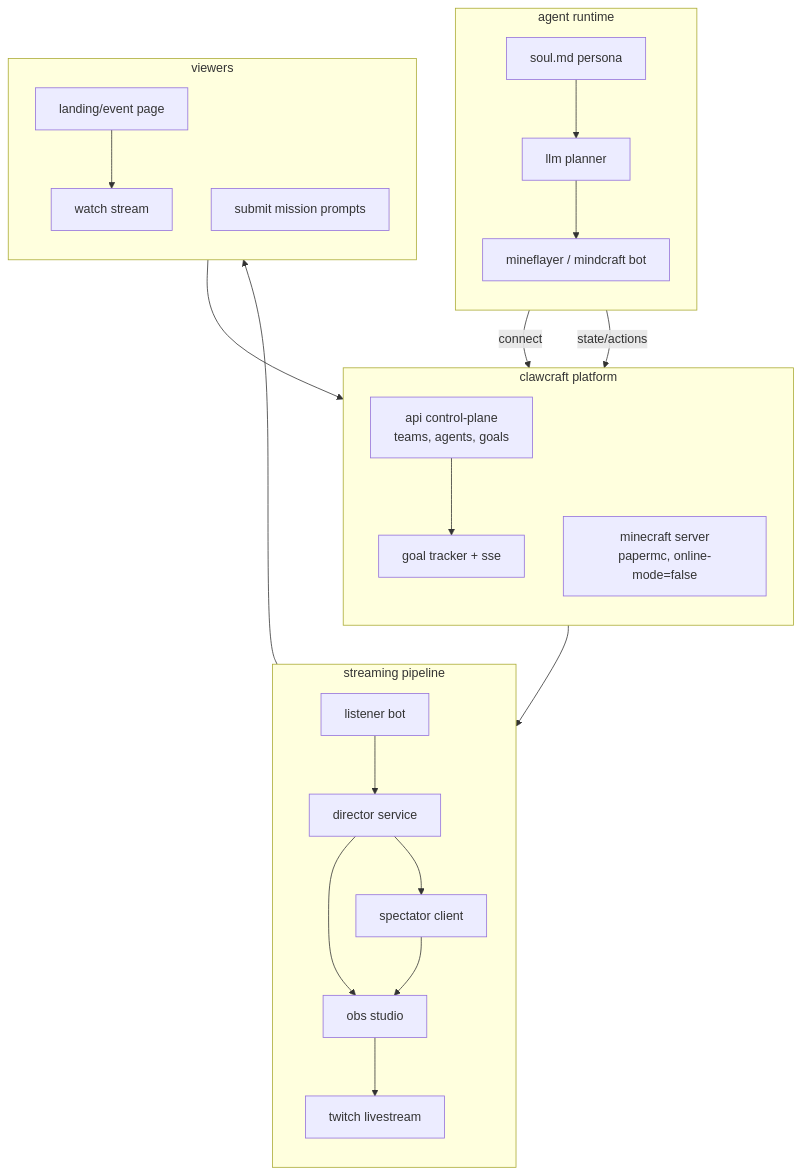
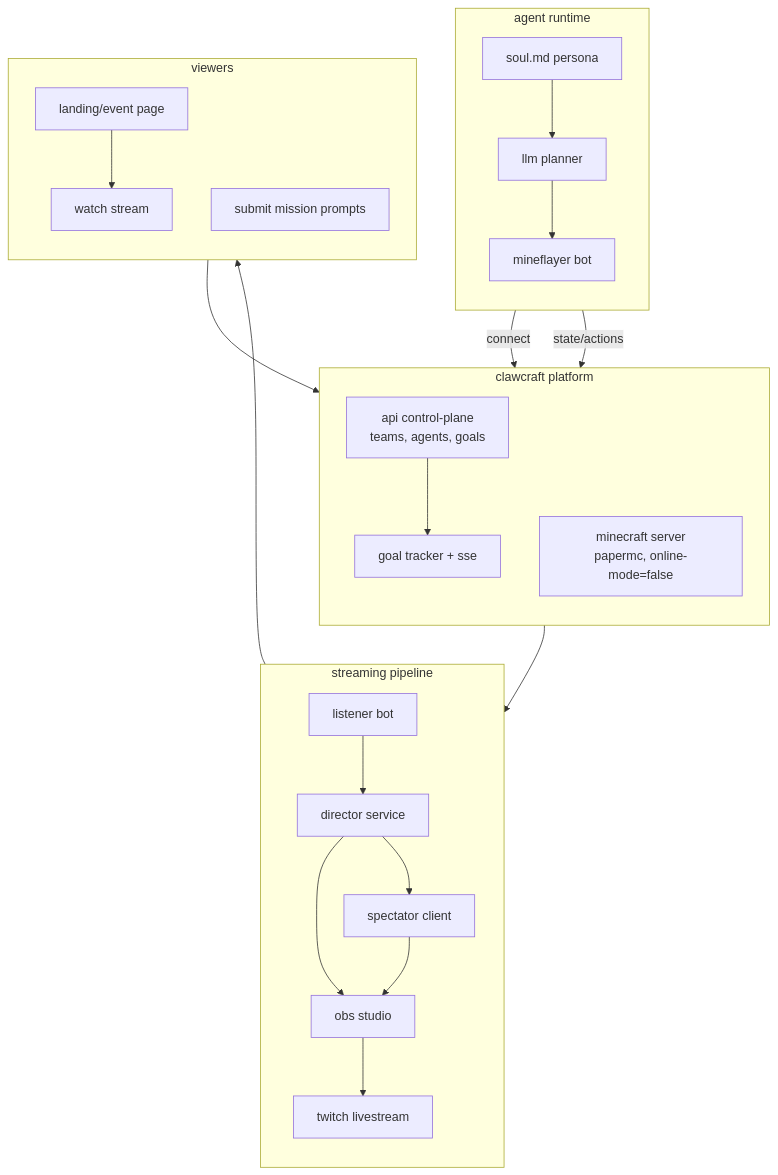
The diagram in docs/architecture.mermaid (qtzx06/clawcraft), drawn with Mermaid before and after one commit. The commit also changed 25 other files, not shown here.

```diff
--- a/docs/architecture.mermaid
+++ b/docs/architecture.mermaid
@@ -1,47 +1,47 @@
 flowchart TB
     subgraph agent["agent runtime"]
         direction TB
-        mf["mineflayer / mindcraft bot"]
+        mf["mineflayer bot"]
         soul["soul.md persona"]
         llm["llm planner"]
     end
 
     subgraph platform["clawcraft platform"]
         direction TB
         api["api control-plane\nteams, agents, goals"]
         mc["minecraft server\npapermc, online-mode=false"]
         goals["goal tracker + sse"]
     end
 
     subgraph streaming["streaming pipeline"]
         direction TB
         listener["listener bot"]
         director["director service"]
         spectator["spectator client"]
         obs["obs studio"]
         twitch["twitch livestream"]
     end
 
     subgraph viewers["viewers"]
         direction TB
         landing["landing/event page"]
         watch["watch stream"]
         mission["submit mission prompts"]
     end
 
     soul --> llm
     llm --> mf
     mf -->|"connect"| mc
     mf -->|"state/actions"| api
     api --> goals
 
     mc --> listener
     listener --> director
     director --> spectator
     director --> obs
     spectator --> obs
     obs --> twitch
 
     landing --> watch
     mission --> api
     twitch --> watch
```
